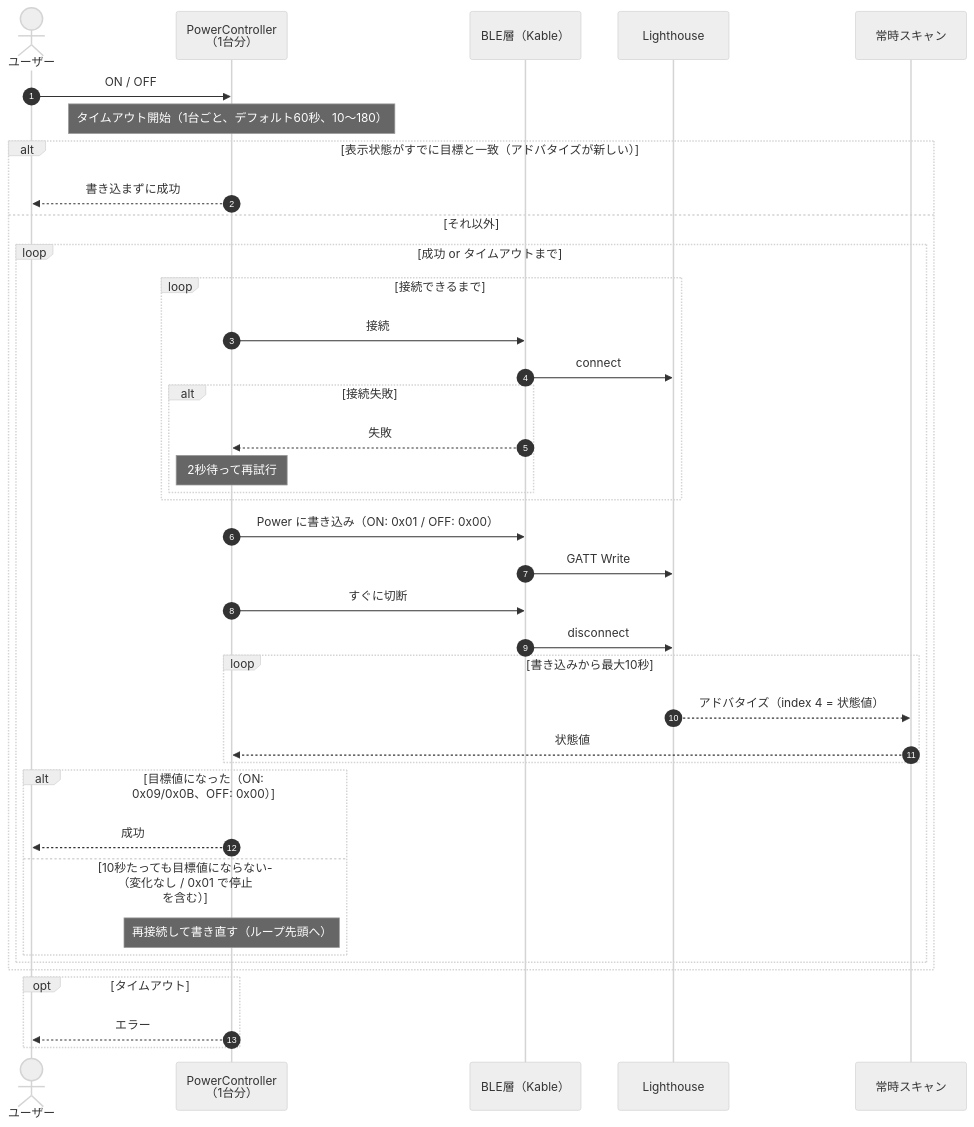
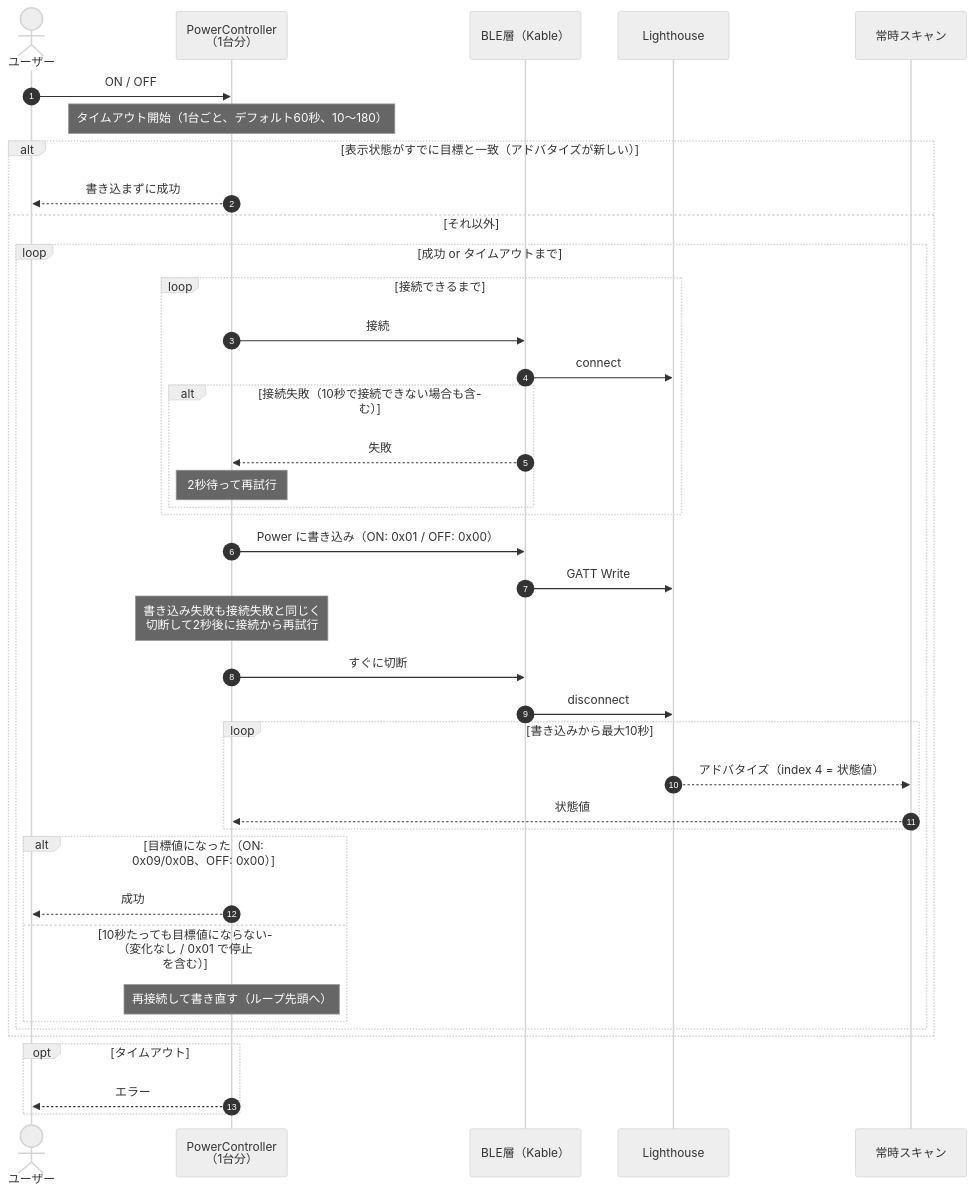
One commit to zeusisgood/lighthouse-keeper changed the diagram in docs/architecture/02-power-flow.md. Above: the diagram before and after it, drawn with Mermaid (neutral theme). The commit also changed other lines of this file and 4 other files, not shown here.

````diff
--- a/docs/architecture/02-power-flow.md
+++ b/docs/architecture/02-power-flow.md
@@ -7,42 +7,43 @@
 ```mermaid
 sequenceDiagram
     autonumber
     actor User as ユーザー
     participant Ctrl as PowerController<br/>（1台分）
     participant Ble as BLE層（Kable）
     participant LH as Lighthouse
     participant Scan as 常時スキャン
 
     User->>Ctrl: ON / OFF
     Note over Ctrl: タイムアウト開始（1台ごと、デフォルト60秒、10〜180）
     alt 表示状態がすでに目標と一致（アドバタイズが新しい）
         Ctrl-->>User: 書き込まずに成功
     else それ以外
         loop 成功 or タイムアウトまで
             loop 接続できるまで
                 Ctrl->>Ble: 接続
                 Ble->>LH: connect
-                alt 接続失敗
+                alt 接続失敗（10秒で接続できない場合も含む）
                     Ble-->>Ctrl: 失敗
                     Note over Ctrl: 2秒待って再試行
                 end
             end
             Ctrl->>Ble: Power に書き込み（ON: 0x01 / OFF: 0x00）
             Ble->>LH: GATT Write
+            Note over Ctrl: 書き込み失敗も接続失敗と同じく<br/>切断して2秒後に接続から再試行
             Ctrl->>Ble: すぐに切断
             Ble->>LH: disconnect
             loop 書き込みから最大10秒
                 LH-->>Scan: アドバタイズ（index 4 = 状態値）
                 Scan-->>Ctrl: 状態値
             end
             alt 目標値になった（ON: 0x09/0x0B、OFF: 0x00）
                 Ctrl-->>User: 成功
             else 10秒たっても目標値にならない（変化なし / 0x01 で停止 を含む）
                 Note over Ctrl: 再接続して書き直す（ループ先頭へ）
             end
         end
     end
     opt タイムアウト
         Ctrl-->>User: エラー
     end
 ```
````
